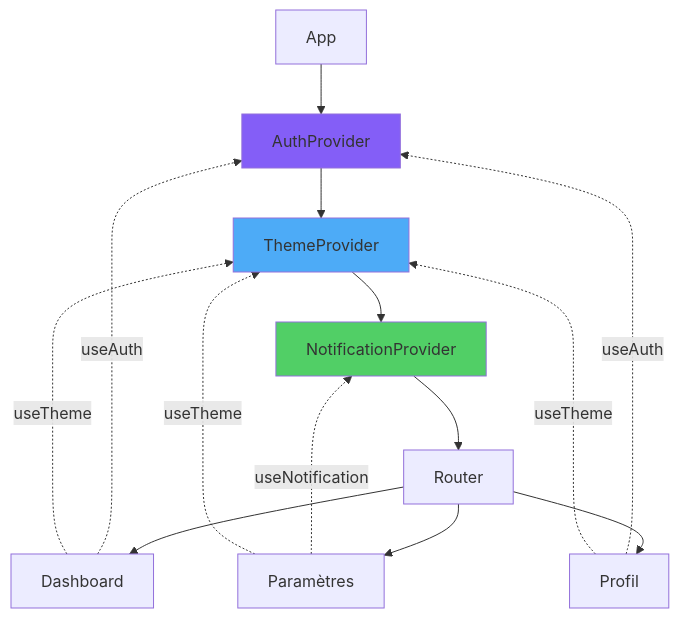
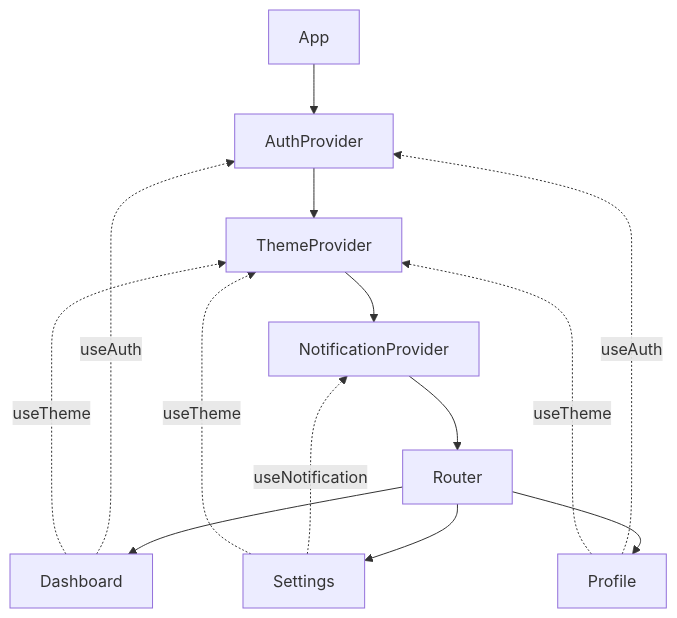
The third of 7 diagrams in arguments/chapters/fr/06-state-management.md (BabaScience/react-guides), drawn with Mermaid before and after one commit. The commit also changed other lines of this file and 29 other files, not shown here.

First line of the commit message:
Bring React FR/IT translations to full English parity + theme-safe diagrams

````diff
--- a/arguments/chapters/fr/06-state-management.md
+++ b/arguments/chapters/fr/06-state-management.md
@@ -97,21 +333,18 @@
 ```mermaid
 flowchart TD
     A["App"] --> B["AuthProvider"]
     B --> C["ThemeProvider"]
     C --> D["NotificationProvider"]
     D --> E["Router"]
     E --> F["Dashboard"]
-    E --> G["Profil"]
-    E --> H["Paramètres"]
+    E --> G["Profile"]
+    E --> H["Settings"]
 
     F -.useAuth.-> B
     F -.useTheme.-> C
     G -.useAuth.-> B
     G -.useTheme.-> C
     H -.useNotification.-> D
     H -.useTheme.-> C
 
-    style B fill:#845ef7
-    style C fill:#4dabf7
-    style D fill:#51cf66
 ```
````
